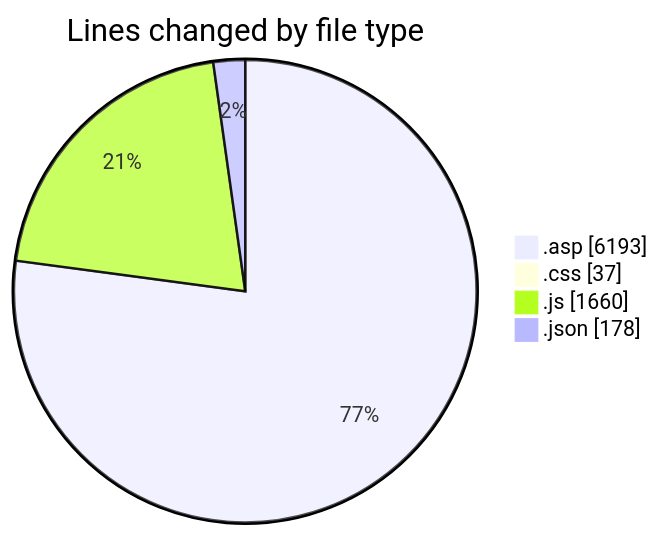
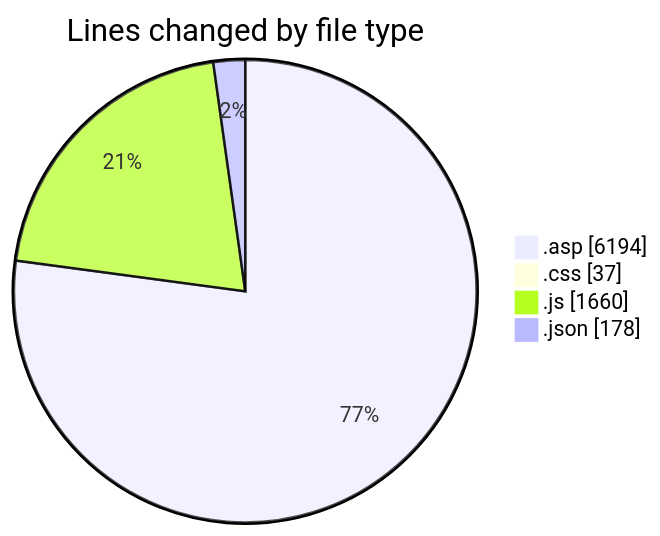
One commit to julien-gomy/code-tracking changed the first of 2 diagrams in 2025-11-02/cdp_aleoudev_fr__workspace_/README.md. Above: the diagram before and after it, drawn with Mermaid. The commit also changed other lines of this file and 1 other file, not shown here.

````diff
--- a/2025-11-02/cdp_aleoudev_fr__workspace_/README.md
+++ b/2025-11-02/cdp_aleoudev_fr__workspace_/README.md
@@ -27,8 +27,8 @@
 ```mermaid
 pie showData
 title Lines changed by file type
-".asp" : 6193
+".asp" : 6194
 ".css" : 37
 ".js" : 1660
 ".json" : 178
 ```
````
